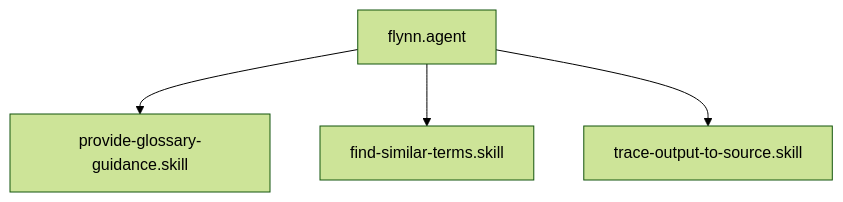
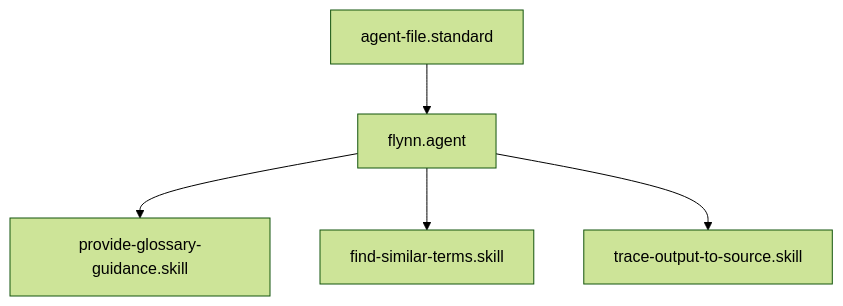
Before and after one commit to Gizmo4Life/ai-kernel: the diagram in agents/flynn.agent.md, drawn with Mermaid (forest theme). The commit also changed other lines of this file and 89 other files, not shown here.

````diff
--- a/agents/flynn.agent.md
+++ b/agents/flynn.agent.md
@@ -27,6 +27,7 @@
 ```mermaid
 graph TD
+    agent-file.standard --> flynn.agent
     flynn.agent --> provide-glossary-guidance[provide-glossary-guidance.skill]
     flynn.agent --> find-similar-terms[find-similar-terms.skill]
     flynn.agent --> trace-output-to-source[trace-output-to-source.skill]
 ```
````
